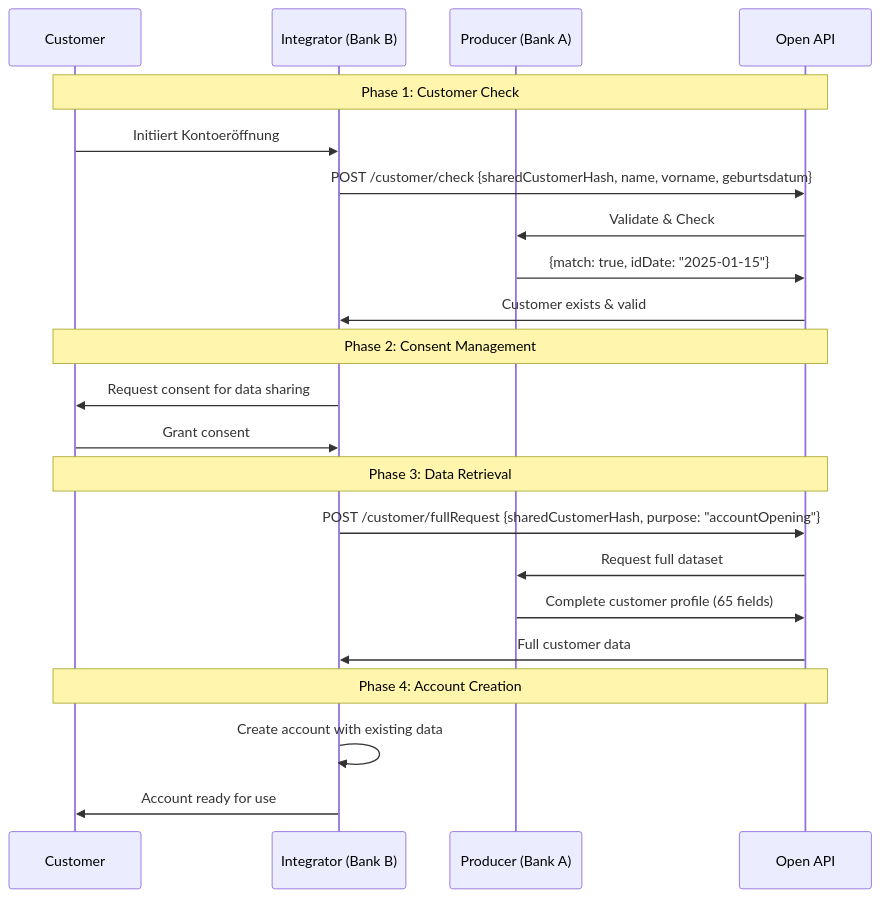
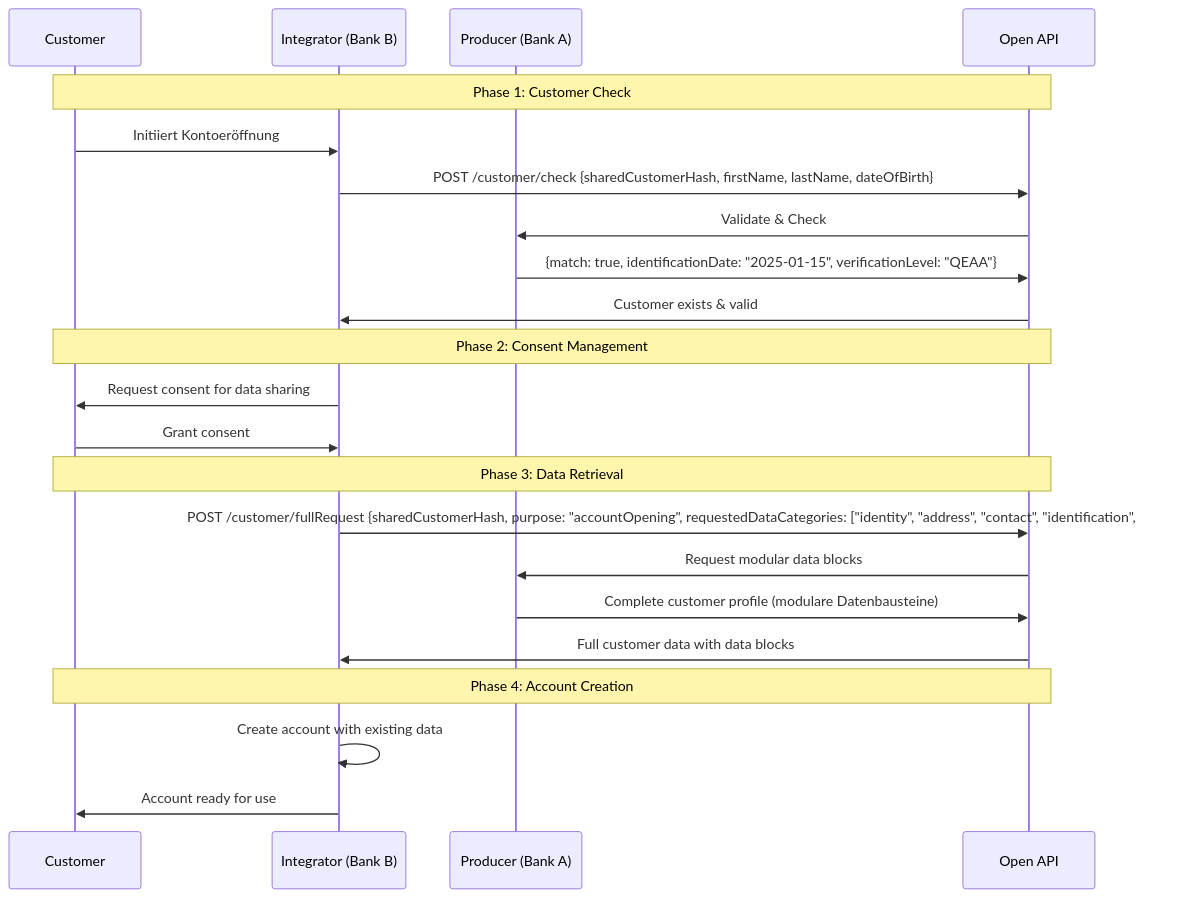
The first of 5 diagrams in documentation/Fachliche Conclusions Open API Kundenbeziehung/04 API Endpoint Design.md (openbankingproject-ch/obp-concept), drawn with Mermaid before and after one commit. The commit also changed other lines of this file, not shown here.

````diff
--- a/documentation/Fachliche Conclusions Open API Kundenbeziehung/04 API Endpoint Design.md
+++ b/documentation/Fachliche Conclusions Open API Kundenbeziehung/04 API Endpoint Design.md
@@ -291,28 +545,28 @@
 ```mermaid
 sequenceDiagram
     participant C as Customer
     participant I as Integrator (Bank B)
     participant P as Producer (Bank A)
     participant API as Open API
 
     Note over C,API: Phase 1: Customer Check
     C->>I: Initiiert Kontoeröffnung
-    I->>API: POST /customer/check {sharedCustomerHash, name, vorname, geburtsdatum}
+    I->>API: POST /customer/check {sharedCustomerHash, firstName, lastName, dateOfBirth}
     API->>P: Validate & Check
-    P->>API: {match: true, idDate: "2025-01-15"}
+    P->>API: {match: true, identificationDate: "2025-01-15", verificationLevel: "QEAA"}
     API->>I: Customer exists & valid
     
     Note over C,API: Phase 2: Consent Management  
     I->>C: Request consent for data sharing
     C->>I: Grant consent
     
     Note over C,API: Phase 3: Data Retrieval
-    I->>API: POST /customer/fullRequest {sharedCustomerHash, purpose: "accountOpening"}
-    API->>P: Request full dataset
-    P->>API: Complete customer profile (65 fields)
-    API->>I: Full customer data
+    I->>API: POST /customer/fullRequest {sharedCustomerHash, purpose: "accountOpening", requestedDataCategories: ["identity", "address", "contact", "identification", "kyc"]}
+    API->>P: Request modular data blocks
+    P->>API: Complete customer profile (modulare Datenbausteine)
+    API->>I: Full customer data with data blocks
     
     Note over C,API: Phase 4: Account Creation
     I->>I: Create account with existing data
     I->>C: Account ready for use
 ```
````
